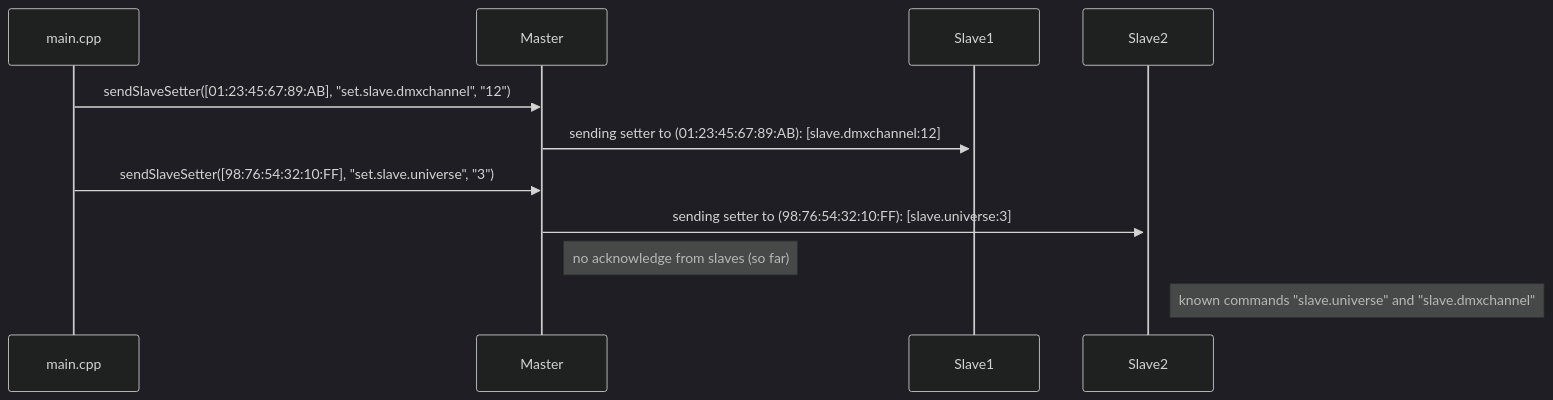
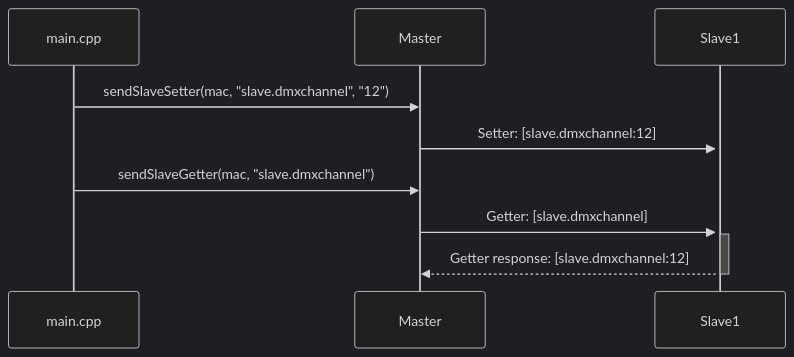
One commit to kokospalme/DMXnow changed the third of 4 diagrams in README.md. Above: the diagram before and after it, drawn with Mermaid (dark theme). The commit also changed other lines of this file and 8 other files, not shown here.

````diff
--- a/README.md
+++ b/README.md
@@ -46,15 +212,13 @@
 ```mermaid
 sequenceDiagram
     participant main.cpp
     participant Master
     participant Slave1
-    participant Slave2
 
-    
-    main.cpp ->> Master: sendSlaveSetter([01:23:45:67:89:AB], "set.slave.dmxchannel", "12")
-    Master ->>+ Slave1: sending setter to (01:23:45:67:89:AB): [slave.dmxchannel:12]
-    main.cpp ->> Master: sendSlaveSetter([98:76:54:32:10:FF], "set.slave.universe", "3")
-    Master ->>+ Slave2: sending setter to (98:76:54:32:10:FF): [slave.universe:3]
-    Note right of Master: no acknowledge from slaves (so far)
-    Note right of Slave2: known commands "slave.universe" and "slave.dmxchannel"
+    main.cpp ->> Master: sendSlaveSetter(mac, "slave.dmxchannel", "12")
+    Master ->>+ Slave1: Setter: [slave.dmxchannel:12]
+
+    main.cpp ->> Master: sendSlaveGetter(mac, "slave.dmxchannel")
+    Master ->>+ Slave1: Getter: [slave.dmxchannel]
+    Slave1 -->>- Master: Getter response: [slave.dmxchannel:12]
 ```
````
